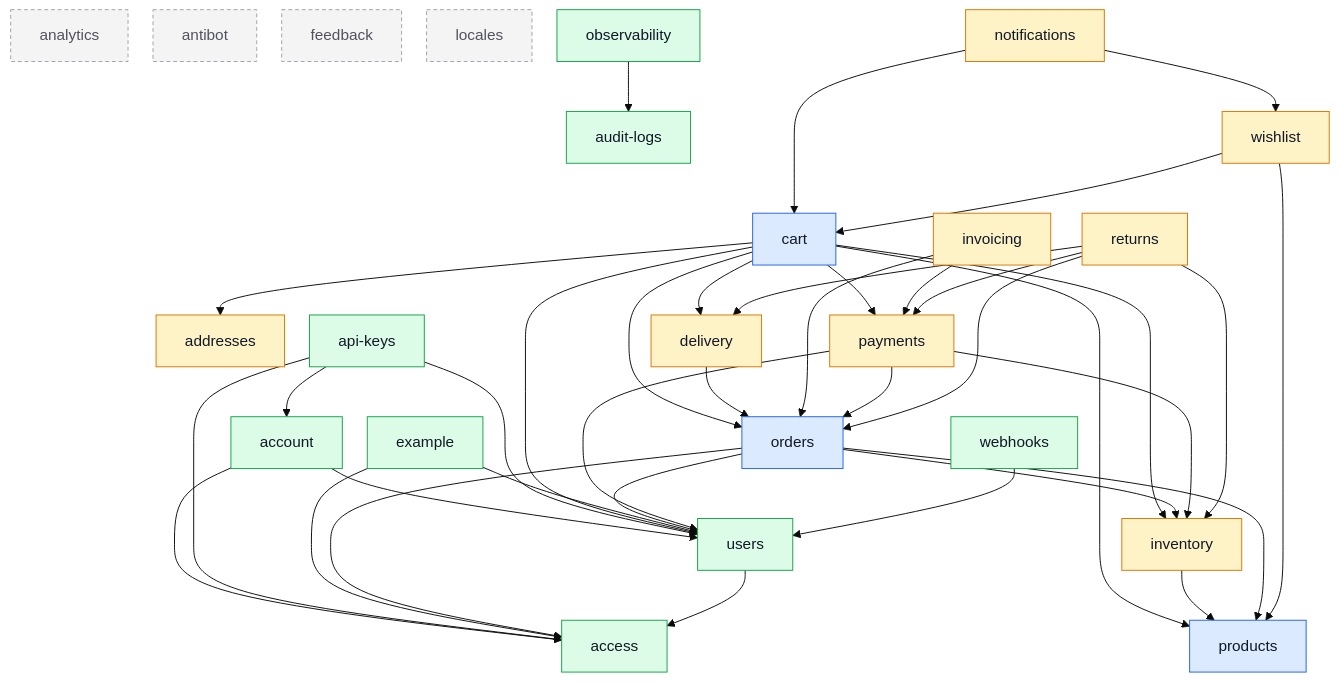
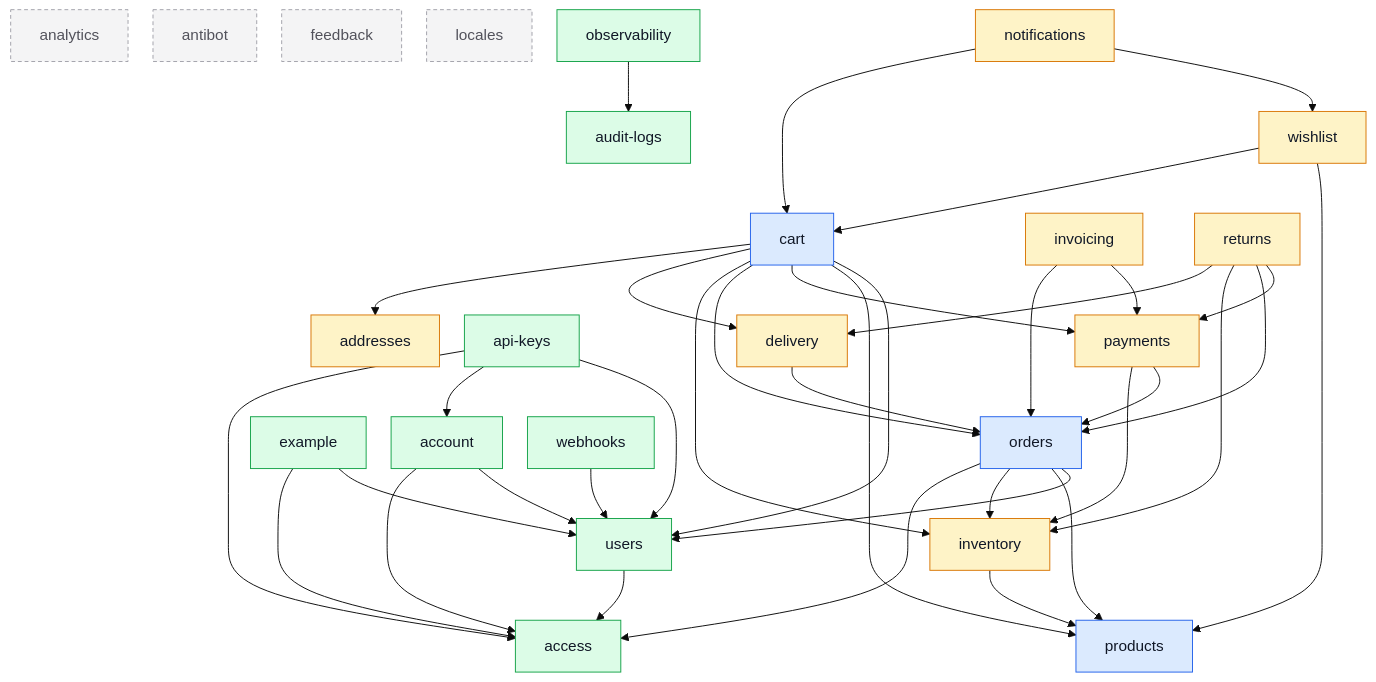
Before and after one commit to Guebbit/boilerplate-node-backend: the diagram in docs/modules/index.md, drawn with Mermaid (base theme). The commit also changed other lines of this file and 6 other files, not shown here.

First line of the commit message:
refactor(payments): drop the users dependency, the payer is the order's own userId

````diff
--- a/docs/modules/index.md
+++ b/docs/modules/index.md
@@ -40,73 +40,72 @@
 ```mermaid
 %%{init: {'flowchart': {'nodeSpacing': 26, 'rankSpacing': 52}}}%%
 flowchart TD
     access
     account
     addresses
     analytics
     antibot
     api_keys["api-keys"]
     audit_logs["audit-logs"]
     cart
     delivery
     example
     feedback
     inventory
     invoicing
     locales
     notifications
     observability
     orders
     payments
     products
     returns
     users
     webhooks
     wishlist
 
     account --> access
     account --> users
     api_keys --> access
     api_keys --> account
     api_keys --> users
     cart --> addresses
     cart --> delivery
     cart --> inventory
     cart --> orders
     cart --> payments
     cart --> products
     cart --> users
     delivery --> orders
     example --> access
     example --> users
     inventory --> products
     invoicing --> orders
     invoicing --> payments
     notifications --> cart
     notifications --> wishlist
     observability --> audit_logs
     orders --> access
     orders --> inventory
     orders --> products
     orders --> users
     payments --> inventory
     payments --> orders
-    payments --> users
     returns --> delivery
     returns --> inventory
     returns --> orders
     returns --> payments
     users --> access
     webhooks --> users
     wishlist --> cart
     wishlist --> products
 
     classDef core fill:#dbeafe,stroke:#2563eb,color:#111827;
     classDef supporting fill:#fef3c7,stroke:#d97706,color:#111827;
     classDef generic fill:#dcfce7,stroke:#16a34a,color:#111827;
     classDef isolated fill:#f4f4f5,stroke:#a1a1aa,color:#52525b,stroke-dasharray:4 3;
     class cart,orders,products core;
     class addresses,delivery,inventory,invoicing,notifications,payments,returns,wishlist supporting;
     class access,account,api_keys,audit_logs,example,observability,users,webhooks generic;
     class analytics,antibot,feedback,locales isolated;
 ```
````
